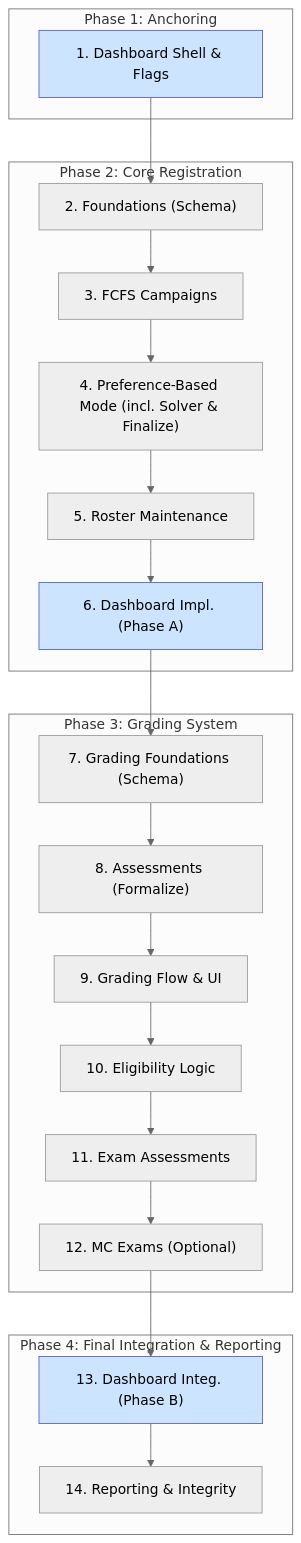
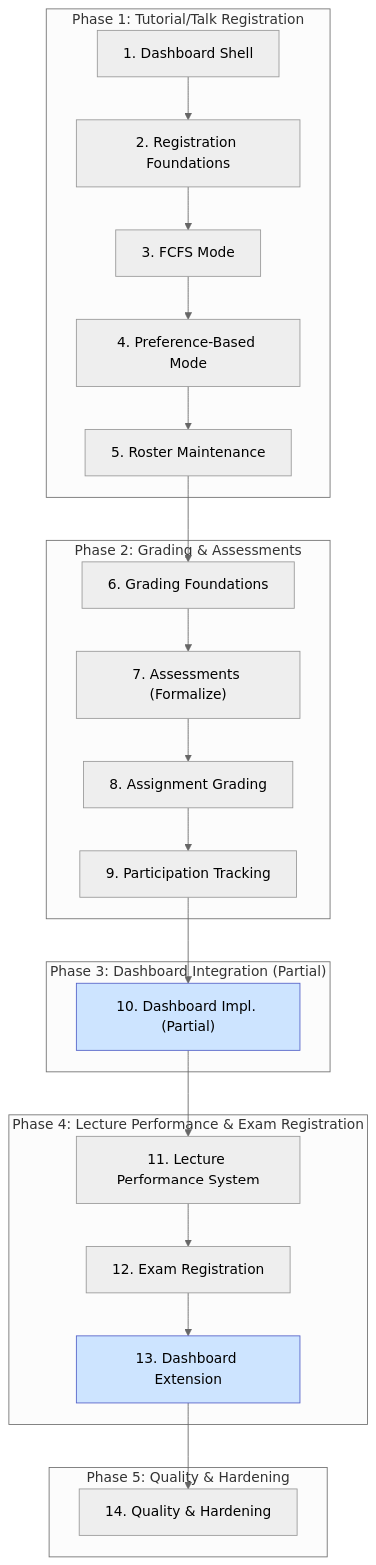
The diagram in architecture/src/features/plan.md (MaMpf-HD/mampf), drawn with Mermaid (neutral theme) before and after one commit. The commit also changed other lines of this file and 12 other files, not shown here.

Commit message:
Revise exam registration

````diff
--- a/architecture/src/features/plan.md
+++ b/architecture/src/features/plan.md
@@ -17,32 +18,33 @@
 ```mermaid
 graph TD
-    subgraph "Phase 1: Anchoring"
-        S1["1. Dashboard Shell & Flags"]
+    subgraph "Phase 1: Tutorial/Talk Registration"
+        S1["1. Dashboard Shell"] --> S2["2. Registration Foundations"];
+        S2 --> S3["3. FCFS Mode"];
+        S3 --> S4["4. Preference-Based Mode"];
+        S4 --> S5["5. Roster Maintenance"];
     end
 
-    subgraph "Phase 2: Core Registration"
-        S2["2. Foundations (Schema)"] --> S3["3. FCFS Campaigns"];
-        S3 --> S4["4. Preference-Based Mode (incl. Solver & Finalize)"];
-        S4 --> S5["5. Roster Maintenance"];
-        S1 --> S2;
-        S5 --> S6["6. Dashboard Impl. (Phase A)"];
+    subgraph "Phase 2: Grading & Assessments"
+        S5 --> S6["6. Grading Foundations"];
+        S6 --> S7["7. Assessments (Formalize)"];
+        S7 --> S8["8. Assignment Grading"];
+        S8 --> S9["9. Participation Tracking"];
     end
 
-    subgraph "Phase 3: Grading System"
-        S6 --> S7["7. Grading Foundations (Schema)"];
-        S7 --> S8["8. Assessments (Formalize)"];
-        S8 --> S9["9. Grading Flow & UI"];
-        S9 --> S10["10. Eligibility Logic"];
-        S10 --> S11["11. Exam Assessments"];
-        S11 --> S12["12. MC Exams (Optional)"];
+    subgraph "Phase 3: Dashboard Integration (Partial)"
+        S9 --> S10["10. Dashboard Impl. (Partial)"];
     end
 
-    subgraph "Phase 4: Final Integration & Reporting"
-        S12 --> S13["13. Dashboard Integ. (Phase B)"];
-        S13 --> S14["14. Reporting & Integrity"];
+    subgraph "Phase 4: Lecture Performance & Exam Registration"
+        S10 --> S11["11. Lecture Performance System"];
+        S11 --> S12["12. Exam Registration"];
+        S12 --> S13["13. Dashboard Extension"];
     end
 
-    style S1 fill:#cde4ff,stroke:#5461c8
-    style S6 fill:#cde4ff,stroke:#5461c8
+    subgraph "Phase 5: Quality & Hardening"
+        S13 --> S14["14. Quality & Hardening"];
+    end
+
+    style S10 fill:#cde4ff,stroke:#5461c8
     style S13 fill:#cde4ff,stroke:#5461c8
 ```
````
